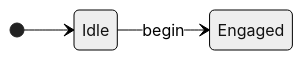
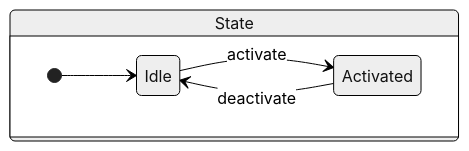
One commit to grancalavera/reactive-recipes changed the first of 4 diagrams in README.md. Above: the diagram before and after it, drawn with Mermaid (neutral theme). The commit also changed other lines of this file, not shown here.

````diff
--- a/README.md
+++ b/README.md
@@ -50,7 +42,10 @@
 ```mermaid
 stateDiagram-v2
-direction LR
 
-[*] --> Idle
-Idle --> Engaged: begin
+state State {
+  direction LR
+  [*] --> Idle
+  Idle --> Activated: activate
+  Activated --> Idle: deactivate
+}
 ```
````
